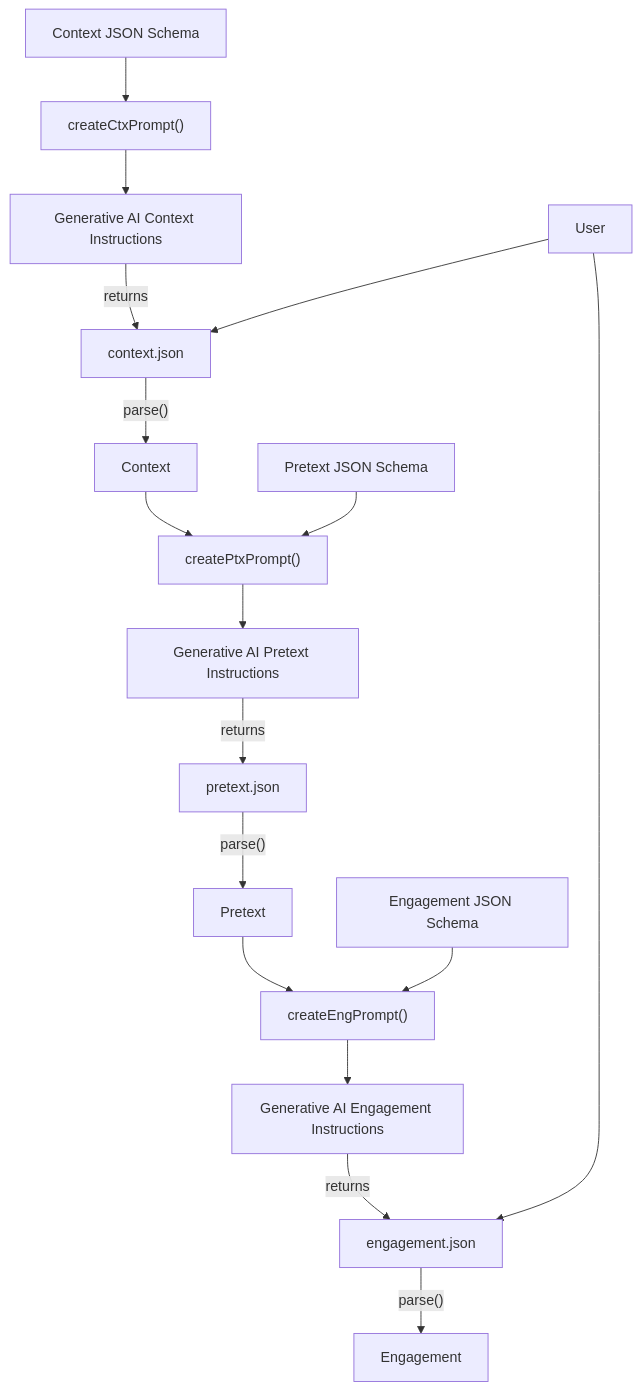
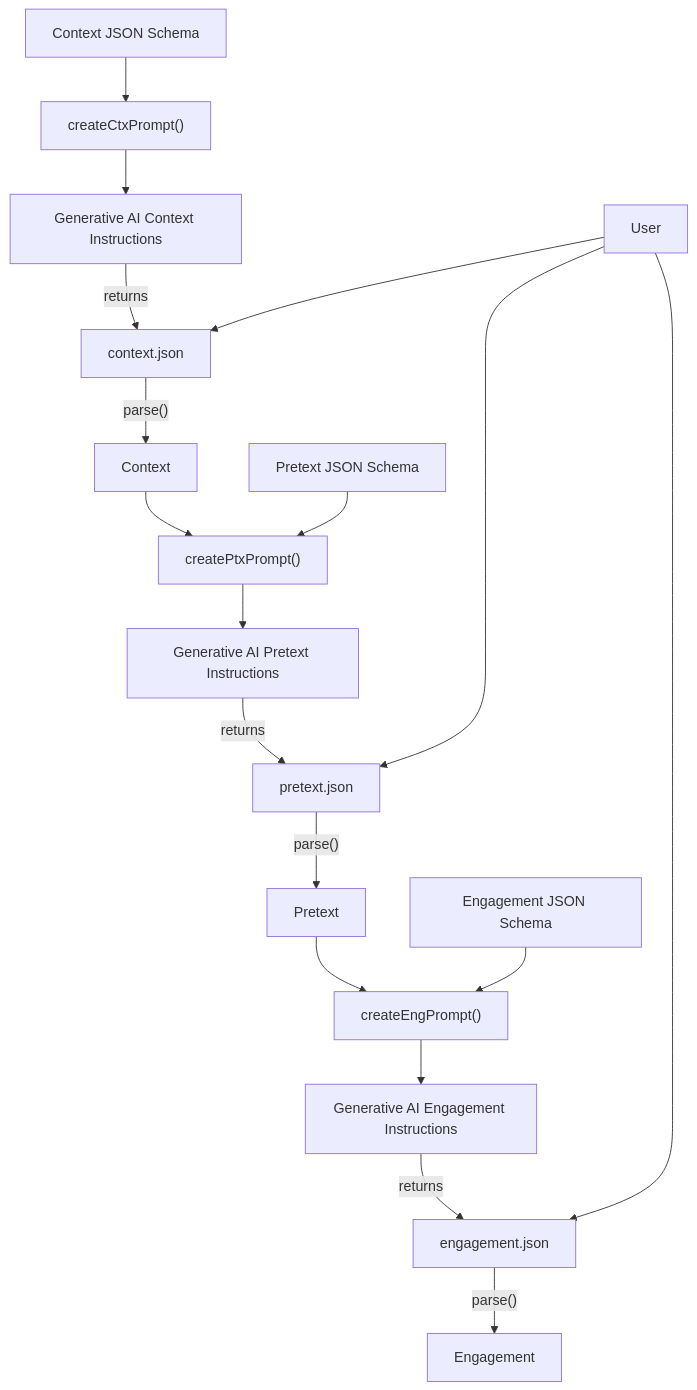
The diagram in README.md (ropbear/ophishal), drawn with Mermaid before and after one commit.

Commit message:
adding another input point for user-defined configs

````diff
--- a/README.md
+++ b/README.md
@@ -22,32 +22,33 @@
 ```mermaid
 flowchart TD
     GenAICtx["Generative AI Context Instructions"]
     GenAIPtx["Generative AI Pretext Instructions"]
     GenAIEng["Generative AI Engagement Instructions"]
     CreateCtxPrompt["createCtxPrompt()"]
     ContextSchema["Context JSON Schema"]
     ContextConfig["context.json"]
     ContextObject["Context"]
     CreatePtxPrompt["createPtxPrompt()"]
     PretextSchema["Pretext JSON Schema"]
     PretextConfig["pretext.json"]
     PretextObject["Pretext"]
     EngagementSchema["Engagement JSON Schema"]
     CreateEngPrompt["createEngPrompt()"]
     EngagementConfig["engagement.json"]
     User["User"]
     EngagementObject["Engagement"]
 
     User --> ContextConfig
     ContextSchema --> CreateCtxPrompt --> GenAICtx -- returns --> ContextConfig
     ContextConfig -- parse() --> ContextObject
     ContextObject --> CreatePtxPrompt --> GenAIPtx
     PretextSchema --> CreatePtxPrompt
     GenAIPtx -- returns --> PretextConfig
+    User --> PretextConfig
     PretextConfig -- parse() --> PretextObject
     PretextObject --> CreateEngPrompt --> GenAIEng
     EngagementSchema --> CreateEngPrompt
     GenAIEng -- returns --> EngagementConfig
     User --> EngagementConfig
     EngagementConfig -- parse() --> EngagementObject
 ```
````
